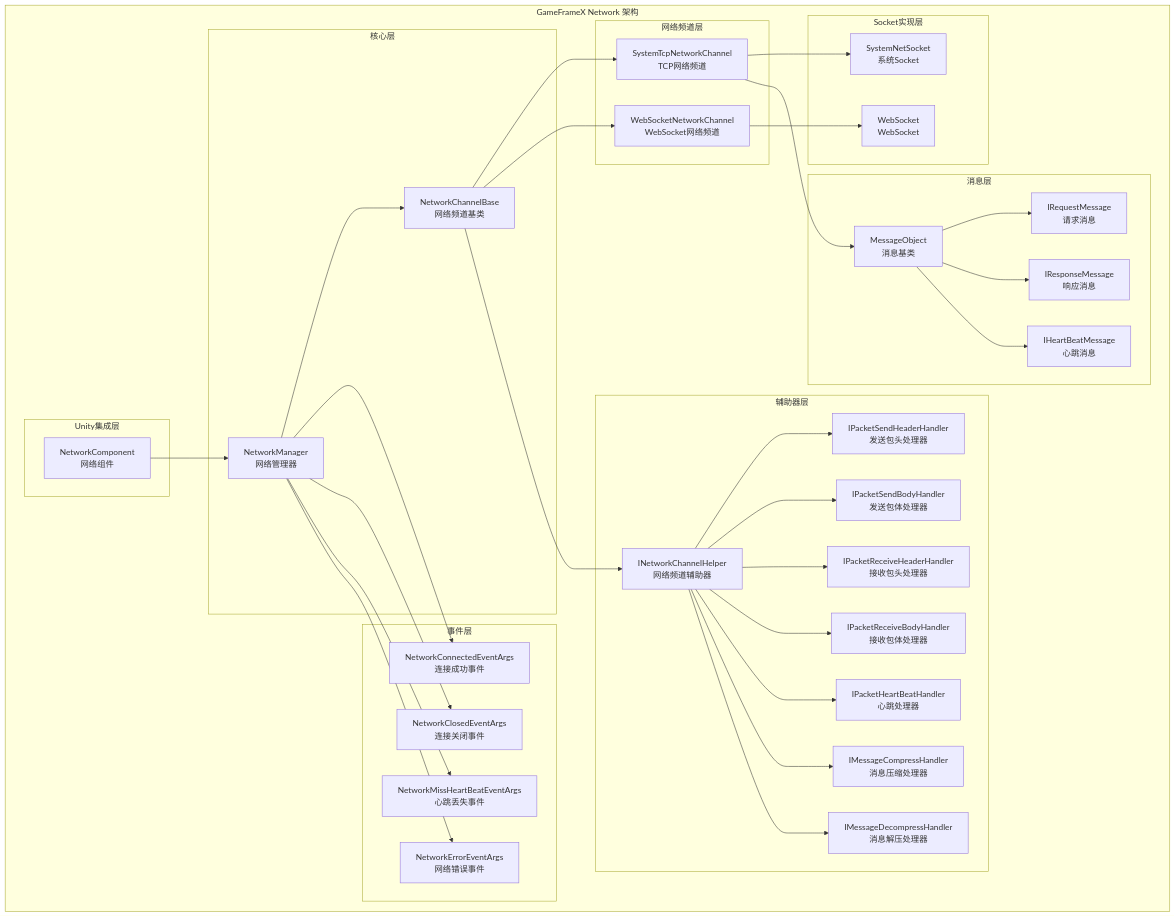
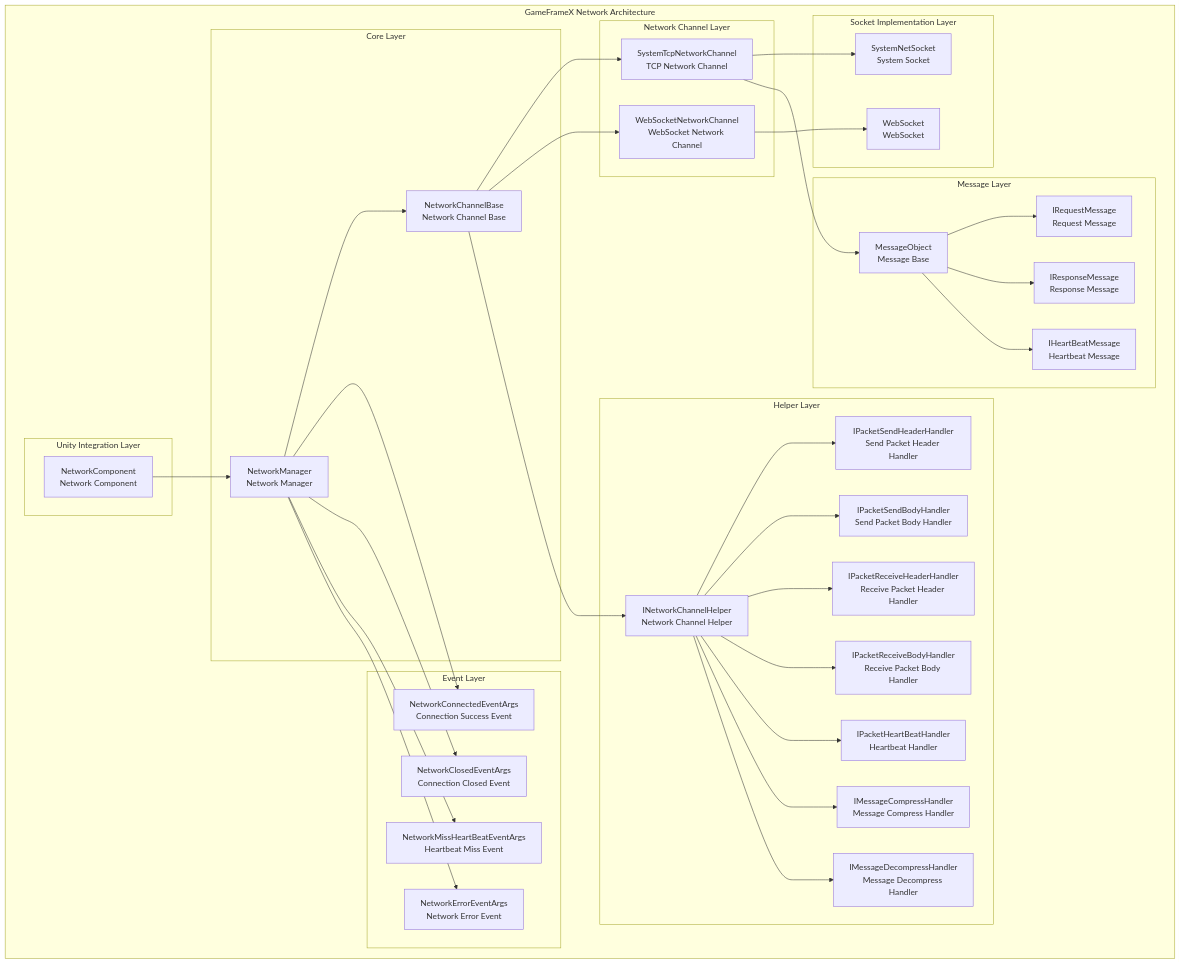
The first of 7 diagrams in docs/en/client/unity/component/network/01.overview.md (AlianBlank/GameFrameX.Docs), drawn with Mermaid before and after one commit. The commit also changed other lines of this file and 242 other files, not shown here.

First line of the commit message:
docs(en/unity/component): 补全组件目录文档

````diff
--- a/docs/en/client/unity/component/network/01.overview.md
+++ b/docs/en/client/unity/component/network/01.overview.md
@@ -15,71 +15,71 @@
 ```mermaid
 flowchart TD
-    subgraph GameFrameX_Network["GameFrameX Network 架构"]
-        subgraph Core["核心层"]
-            NM[NetworkManager<br/>网络管理器]
-            NCB[NetworkChannelBase<br/>网络频道基类]
+    subgraph GameFrameX_Network["GameFrameX Network Architecture"]
+        subgraph Core["Core Layer"]
+            NM[NetworkManager<br/>Network Manager]
+            NCB[NetworkChannelBase<br/>Network Channel Base]
         end
-        
-        subgraph Channel["网络频道层"]
-            TCP[SystemTcpNetworkChannel<br/>TCP网络频道]
-            WS[WebSocketNetworkChannel<br/>WebSocket网络频道]
+
+        subgraph Channel["Network Channel Layer"]
+            TCP[SystemTcpNetworkChannel<br/>TCP Network Channel]
+            WS[WebSocketNetworkChannel<br/>WebSocket Network Channel]
         end
-        
-        subgraph Socket["Socket实现层"]
-            SNS[SystemNetSocket<br/>系统Socket]
+
+        subgraph Socket["Socket Implementation Layer"]
+            SNS[SystemNetSocket<br/>System Socket]
             WSS[WebSocket<br/>WebSocket]
         end
-        
-        subgraph Helper["辅助器层"]
-            NCH[INetworkChannelHelper<br/>网络频道辅助器]
-            PSH[IPacketSendHeaderHandler<br/>发送包头处理器]
-            PSB[IPacketSendBodyHandler<br/>发送包体处理器]
-            PRH[IPacketReceiveHeaderHandler<br/>接收包头处理器]
-            PRB[IPacketReceiveBodyHandler<br/>接收包体处理器]
-            HBH[IPacketHeartBeatHandler<br/>心跳处理器]
-            MCH[IMessageCompressHandler<br/>消息压缩处理器]
-            MDH[IMessageDecompressHandler<br/>消息解压处理器]
+
+        subgraph Helper["Helper Layer"]
+            NCH[INetworkChannelHelper<br/>Network Channel Helper]
+            PSH[IPacketSendHeaderHandler<br/>Send Packet Header Handler]
+            PSB[IPacketSendBodyHandler<br/>Send Packet Body Handler]
+            PRH[IPacketReceiveHeaderHandler<br/>Receive Packet Header Handler]
+            PRB[IPacketReceiveBodyHandler<br/>Receive Packet Body Handler]
+            HBH[IPacketHeartBeatHandler<br/>Heartbeat Handler]
+            MCH[IMessageCompressHandler<br/>Message Compress Handler]
+            MDH[IMessageDecompressHandler<br/>Message Decompress Handler]
         end
-        
-        subgraph Message["消息层"]
-            MO[MessageObject<br/>消息基类]
-            RM[IRequestMessage<br/>请求消息]
-            RPM[IResponseMessage<br/>响应消息]
-            HB[IHeartBeatMessage<br/>心跳消息]
+
+        subgraph Message["Message Layer"]
+            MO[MessageObject<br/>Message Base]
+            RM[IRequestMessage<br/>Request Message]
+            RPM[IResponseMessage<br/>Response Message]
+            HB[IHeartBeatMessage<br/>Heartbeat Message]
         end
-        
-        subgraph Events["事件层"]
-            NCE[NetworkConnectedEventArgs<br/>连接成功事件]
-            NCLE[NetworkClosedEventArgs<br/>连接关闭事件]
-            NMHE[NetworkMissHeartBeatEventArgs<br/>心跳丢失事件]
-            NEE[NetworkErrorEventArgs<br/>网络错误事件]
+
+        subgraph Events["Event Layer"]
+            NCE[NetworkConnectedEventArgs<br/>Connection Success Event]
+            NCLE[NetworkClosedEventArgs<br/>Connection Closed Event]
+            NMHE[NetworkMissHeartBeatEventArgs<br/>Heartbeat Miss Event]
+            NEE[NetworkErrorEventArgs<br/>Network Error Event]
         end
-        
-        subgraph Unity["Unity集成层"]
-            NC[NetworkComponent<br/>网络组件]
+
+        subgraph Unity["Unity Integration Layer"]
+            NC[NetworkComponent<br/>Network Component]
         end
     end
-    
+
     NM --> NCB
     NCB --> TCP
     NCB --> WS
     TCP --> SNS
     WS --> WSS
     NCB --> NCH
     NCH --> PSH
     NCH --> PSB
     NCH --> PRH
     NCH --> PRB
     NCH --> HBH
     NCH --> MCH
     NCH --> MDH
     TCP --> MO
     MO --> RM
     MO --> RPM
     MO --> HB
     NM --> NCE
     NM --> NCLE
     NM --> NMHE
     NM --> NEE
     NC --> NM
 ```
````
